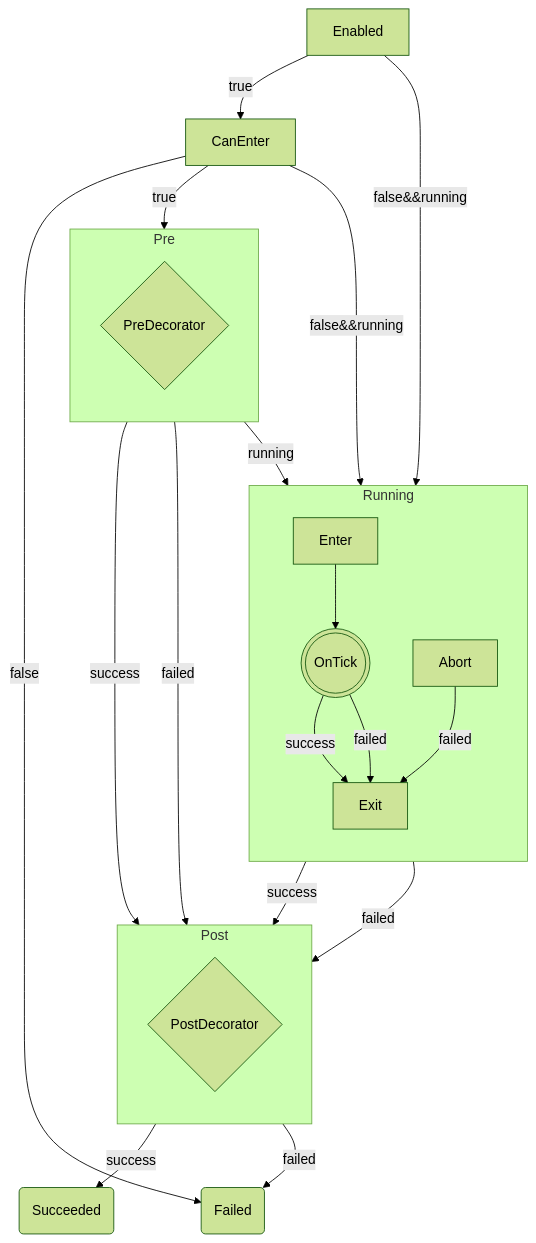
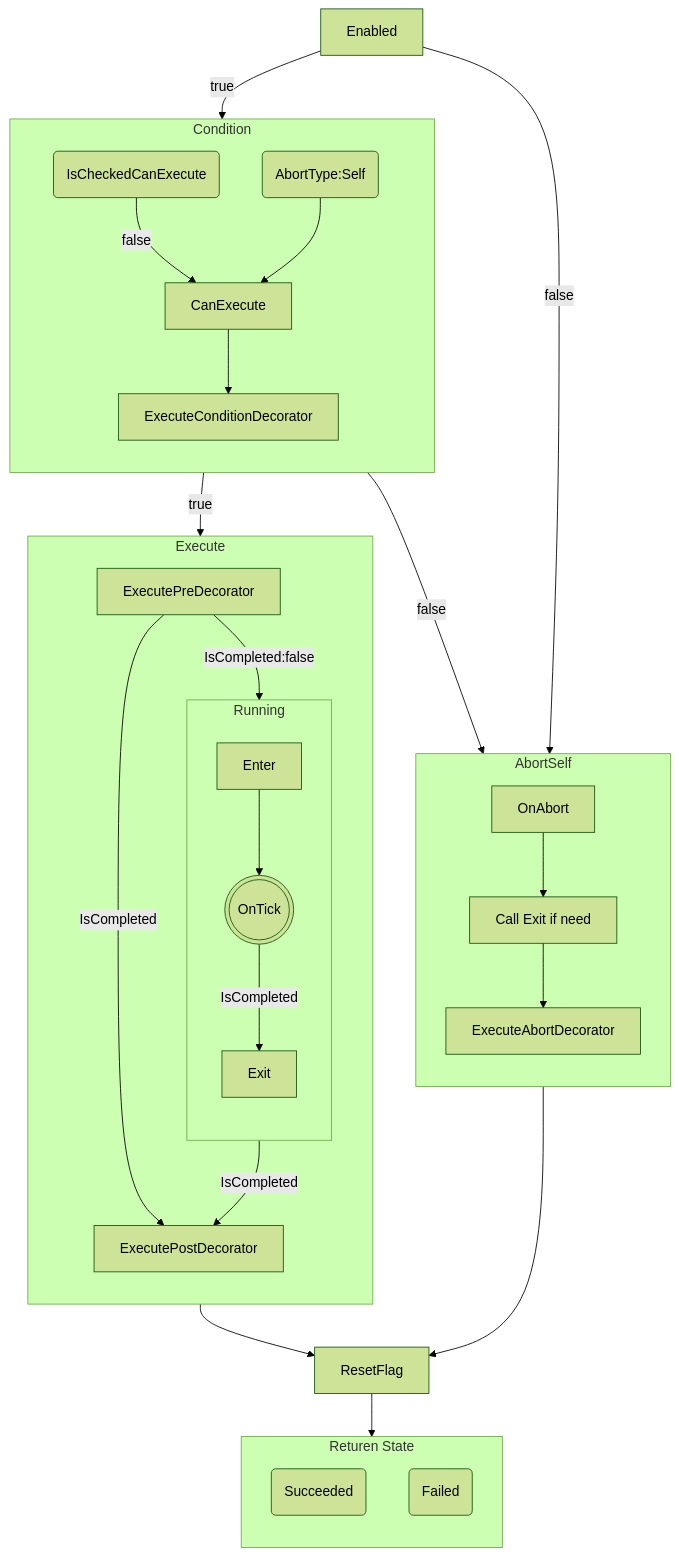
The second of 2 diagrams in UnityAI/Packages/com.megumin.ai/Runtime/BehaviorTree/README.md (0x3f3f3f3f/Megumin.GameFramework.AI), drawn with Mermaid (forest theme) before and after one commit. The commit also changed other lines of this file and 3 other files, not shown here.

Commit message:
重构Tick流程: 代码整理，重命名，增加代码图

````diff
--- a/UnityAI/Packages/com.megumin.ai/Runtime/BehaviorTree/README.md
+++ b/UnityAI/Packages/com.megumin.ai/Runtime/BehaviorTree/README.md
@@ -68,41 +68,43 @@
 ```mermaid
 graph TB
 
-subgraph Pre
+subgraph Return [Returen State]
 direction TB
-    prd{PreDecorator}
+    rs(Succeeded)
+    rf(Failed)
 end
 
-subgraph Post
+subgraph Condi [Condition]
 direction TB
-    pod{PostDecorator}
+    a(IsCheckedCanExecute) --> |false|CanExecute
+    b(AbortType:Self) --> CanExecute --> ExecuteConditionDecorator
+end
+
+subgraph Execute
+direction TB
+    ExecutePreDecorator --> |IsCompleted:false| Running --> |IsCompleted| ExecutePostDecorator
+    ExecutePreDecorator --> |IsCompleted| ExecutePostDecorator
 end
 
 subgraph Running
 direction TB
     Enter --> OnTick(((OnTick)))
-    OnTick --success--> Exit
-    OnTick --failed--> Exit
-    Abort --failed--> Exit
+    OnTick --> |IsCompleted| Exit
 end
 
-rs(Succeeded)
-rf(Failed)
+subgraph AbortSelf
+direction TB
+    OnAbort --> callExit[Call Exit if need] --> ExecuteAbortDecorator
+end
 
-Enabled --> |true| CanEnter
-CanEnter --> |true| Pre
+Enabled --> |true| Condi
+Condi --> |true| Execute
+Execute --> ResetFlag
 
-Pre --> |success| Post
-Pre --> |failed| Post
-Pre --> |running| Enter
-Exit --> |success| Post
-Exit --> |failed| Post
+Enabled --> |false| AbortSelf
+Condi --> |false| AbortSelf
+AbortSelf --> ResetFlag
 
-Post --> |success| rs
-Post --> |failed| rf
+ResetFlag --> Return
 
-CanEnter --> |false&&running| Abort
-CanEnter --> |false| rf
-
-Enabled --> |false&&running| Abort
 ```
````
